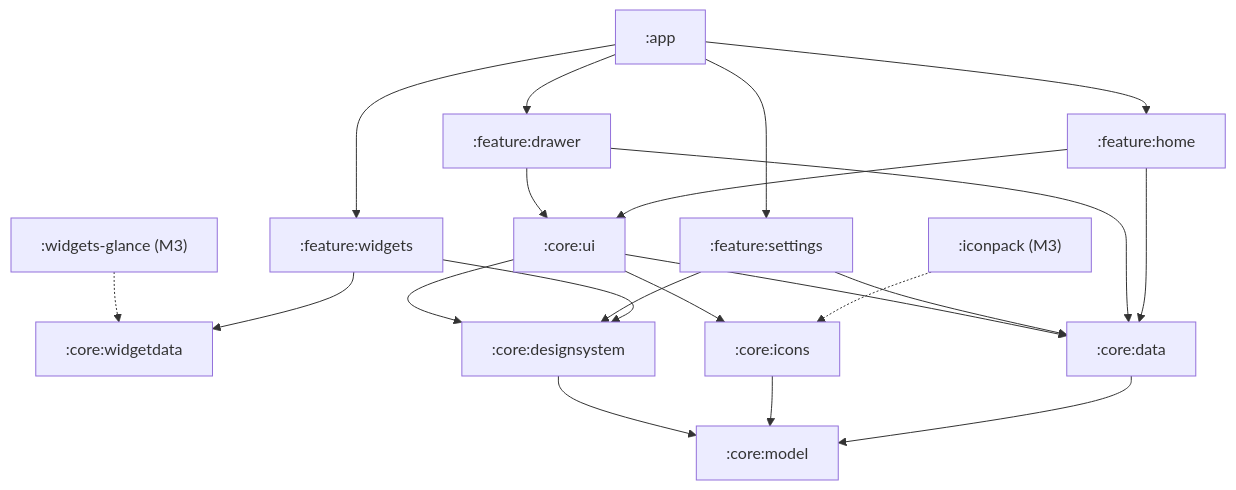
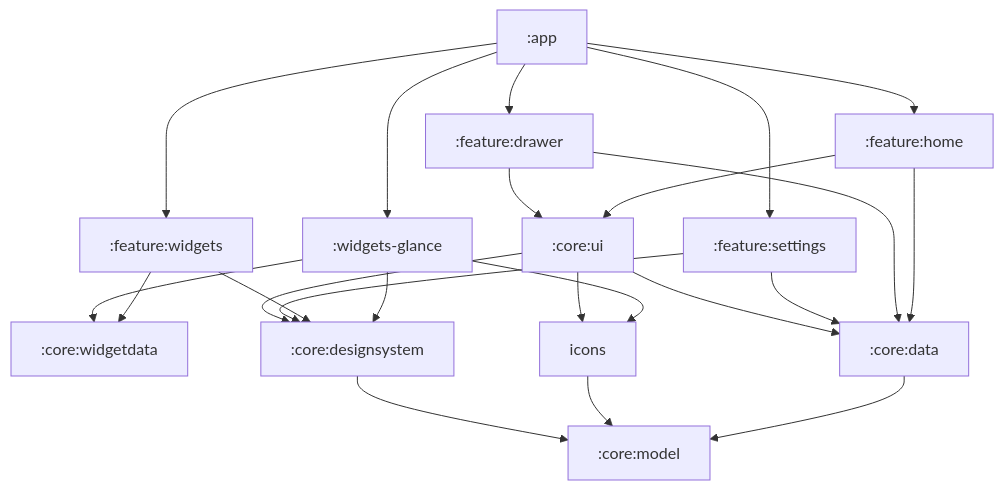
One commit to Platinum-Saber/Saber-Theme changed the diagram in docs/architecture.md. Above: the diagram before and after it, drawn with Mermaid. The commit also changed other lines of this file and 3 other files, not shown here.

````diff
--- a/docs/architecture.md
+++ b/docs/architecture.md
@@ -18,23 +18,25 @@
 ```mermaid
 graph TD
   app[":app"] --> home[":feature:home"]
   app --> drawer[":feature:drawer"]
   app --> widgets[":feature:widgets"]
   app --> settings[":feature:settings"]
   widgets --> wdata[":core:widgetdata"]
-  glance[":widgets-glance (M3)"] -.-> wdata
-  iconpack[":iconpack (M3)"] -.-> icons[":core:icons"]
+  app --> glance[":widgets-glance"]
+  glance --> wdata
+  glance --> icons
+  glance --> ds
   home --> ui[":core:ui"]
   drawer --> ui
   home --> data[":core:data"]
   drawer --> data
   settings --> data
   widgets --> ds[":core:designsystem"]
   settings --> ds
   ui --> ds
   ui --> data
   ui --> icons
   data --> model[":core:model"]
   icons --> model
   ds --> model
 ```
````
